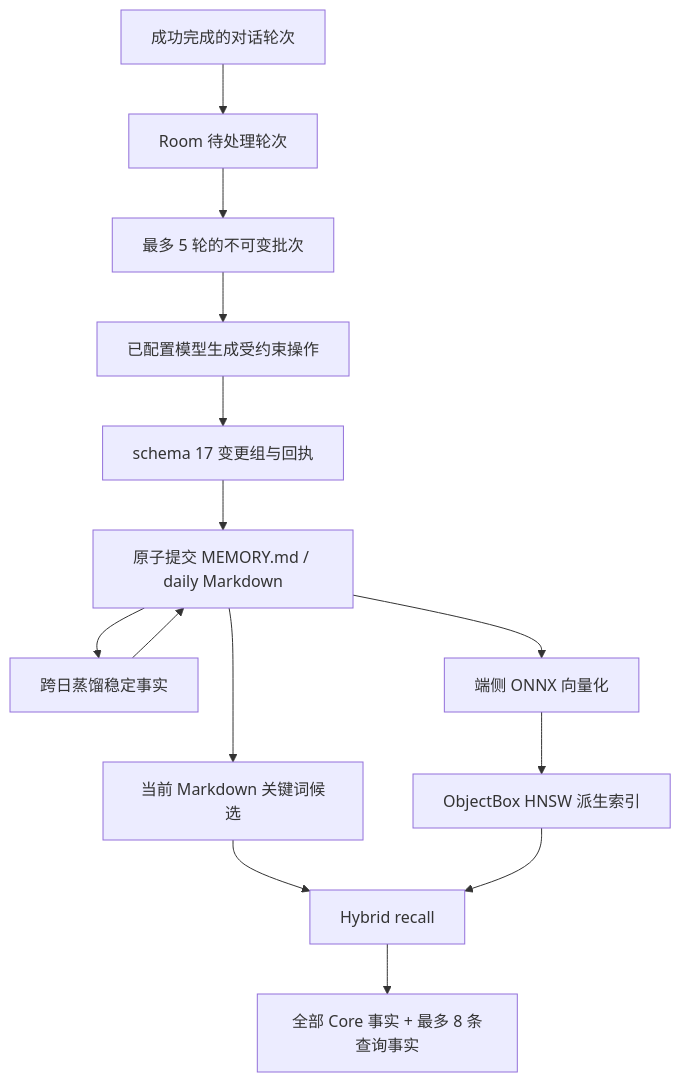
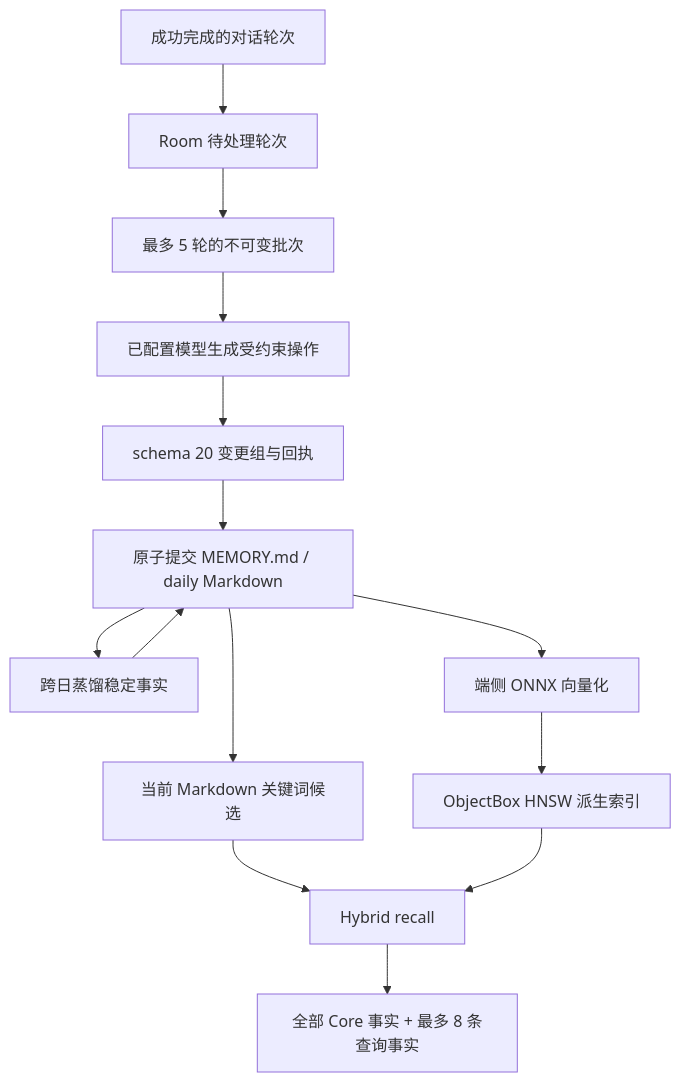
The first of 2 diagrams in README.md (NaBr406/ChatWithChat), drawn with Mermaid before and after one commit. The commit also changed other lines of this file and 1 other file, not shown here.

````diff
--- a/README.md
+++ b/README.md
@@ -180,16 +185,16 @@
 ```mermaid
 flowchart TD
     TURN["成功完成的对话轮次"] --> PENDING["Room 待处理轮次"]
     PENDING --> BATCH["最多 5 轮的不可变批次"]
     BATCH --> LLM["已配置模型生成受约束操作"]
-    LLM --> RECEIPT["schema 17 变更组与回执"]
+    LLM --> RECEIPT["schema 20 变更组与回执"]
     RECEIPT --> MARKDOWN["原子提交 MEMORY.md / daily Markdown"]
     MARKDOWN --> DISTILL["跨日蒸馏稳定事实"]
     DISTILL --> MARKDOWN
     MARKDOWN --> LEXICAL["当前 Markdown 关键词候选"]
     MARKDOWN --> EMBEDDING["端侧 ONNX 向量化"]
     EMBEDDING --> HNSW["ObjectBox HNSW 派生索引"]
     LEXICAL --> HYBRID["Hybrid recall"]
     HNSW --> HYBRID
     HYBRID --> PROMPT["全部 Core 事实 + 最多 8 条查询事实"]
 ```
````
